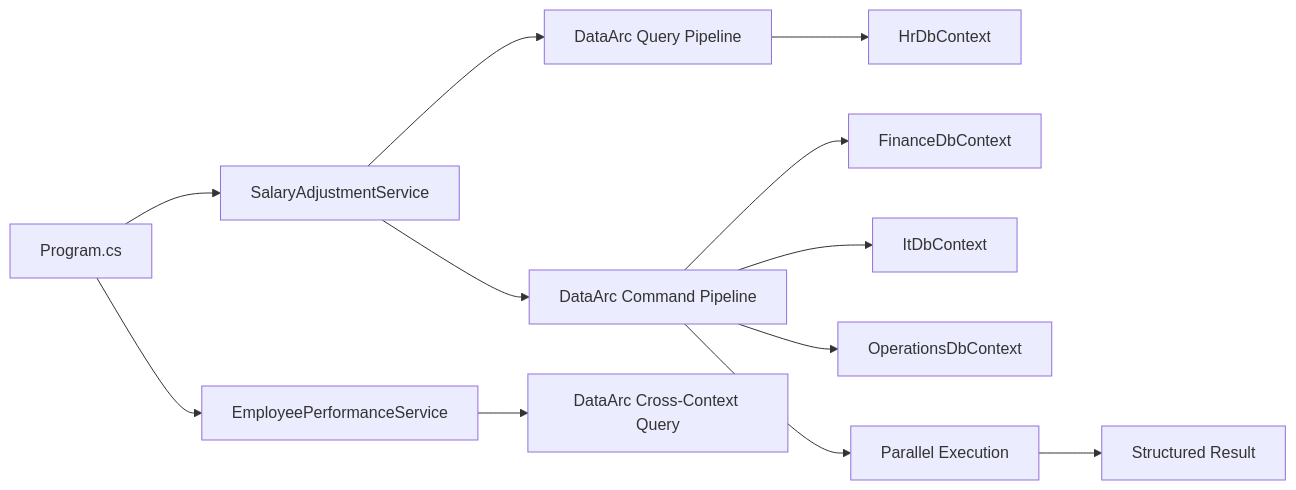
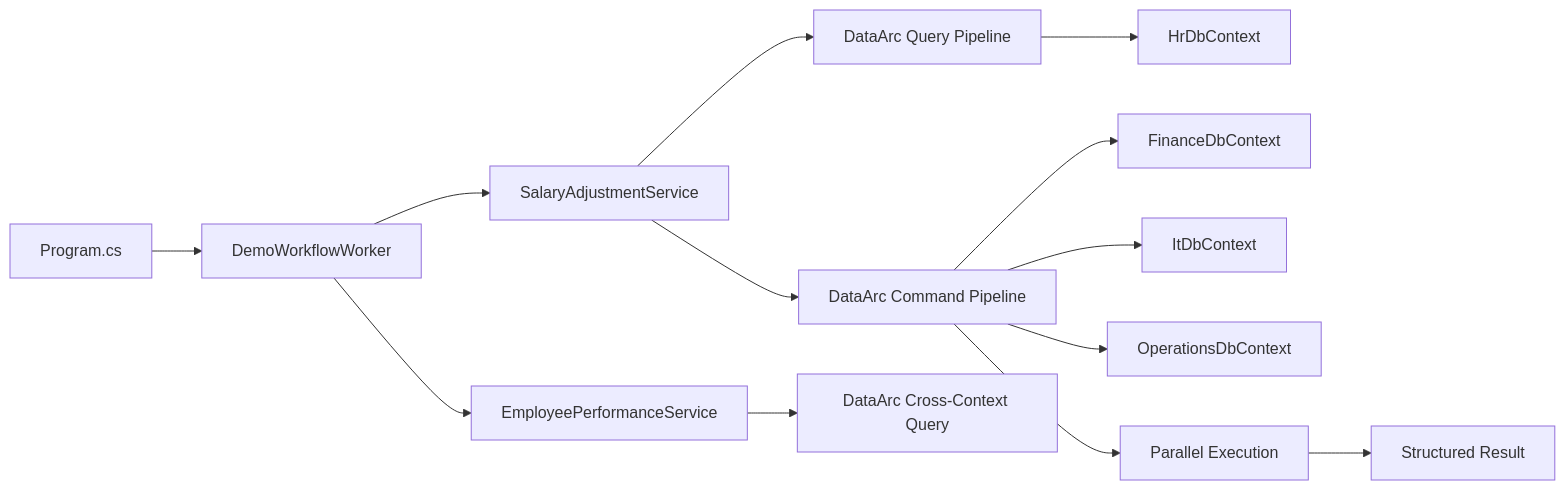
The first of 4 diagrams in README.md (SolidArcSoftware/DataArc.EntityFrameworkCore), drawn with Mermaid before and after one commit. The commit also changed other lines of this file and 4 other files, not shown here.

````diff
--- a/README.md
+++ b/README.md
@@ -138,17 +141,18 @@
 ```mermaid
 flowchart LR
-    A[Program.cs] --> B[SalaryAdjustmentService]
-    A --> C[EmployeePerformanceService]
+    A[Program.cs] --> B[DemoWorkflowWorker]
+    B --> C[SalaryAdjustmentService]
+    B --> D[EmployeePerformanceService]
 
-    B --> Q[DataArc Query Pipeline]
-    B --> W[DataArc Command Pipeline]
-    C --> R[DataArc Cross-Context Query]
+    C --> Q[DataArc Query Pipeline]
+    C --> W[DataArc Command Pipeline]
+    D --> R[DataArc Cross-Context Query]
 
     Q --> HR[HrDbContext]
     W --> FIN[FinanceDbContext]
     W --> IT[ItDbContext]
     W --> OPS[OperationsDbContext]
 
     W --> X[Parallel Execution]
     X --> Y[Structured Result]
 ```
````
